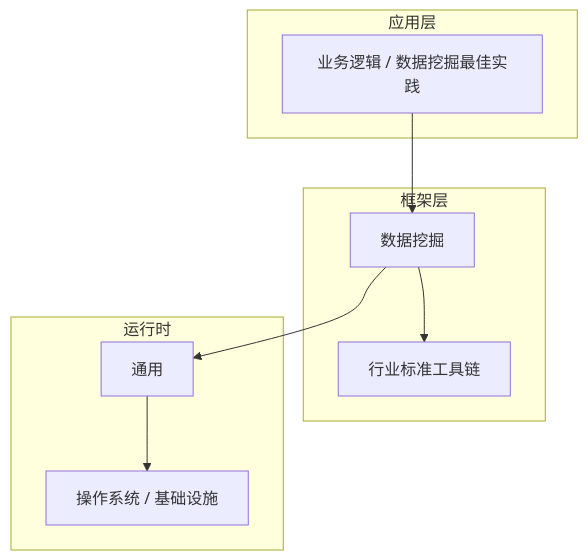
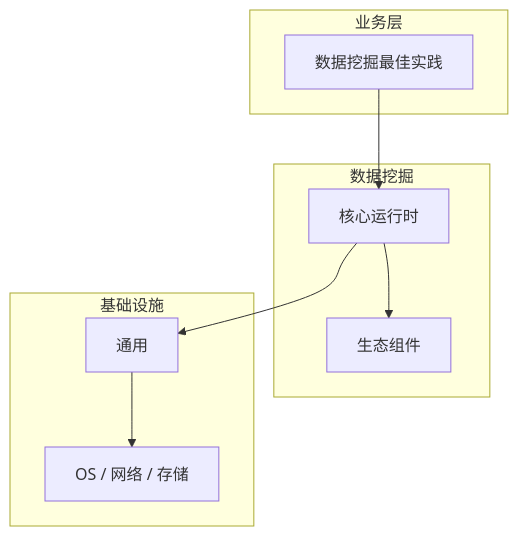
Before and after one commit to yanggan2015/knowledge-json-v2: the diagram in articles/数据挖掘/chapters/076-数据挖掘最佳实践核心概念与原理.md, drawn with Mermaid. The commit also changed other lines of this file and 10127 other files, not shown here.

````diff
--- a/articles/数据挖掘/chapters/076-数据挖掘最佳实践核心概念与原理.md
+++ b/articles/数据挖掘/chapters/076-数据挖掘最佳实践核心概念与原理.md
@@ -45,18 +34,18 @@
 ```mermaid
 graph TB
-    subgraph 应用层
-        A[业务逻辑 / 数据挖掘最佳实践]
+    subgraph 业务层
+        A[数据挖掘最佳实践]
     end
-    subgraph 框架层
-        B[数据挖掘]
-        C[行业标准工具链]
+    subgraph 数据挖掘
+        B[核心运行时]
+        C[生态组件]
     end
-    subgraph 运行时
+    subgraph 基础设施
         D[通用]
-        E[操作系统 / 基础设施]
+        E[OS / 网络 / 存储]
     end
     A --> B
     B --> C
     B --> D
     D --> E
 ```
````
